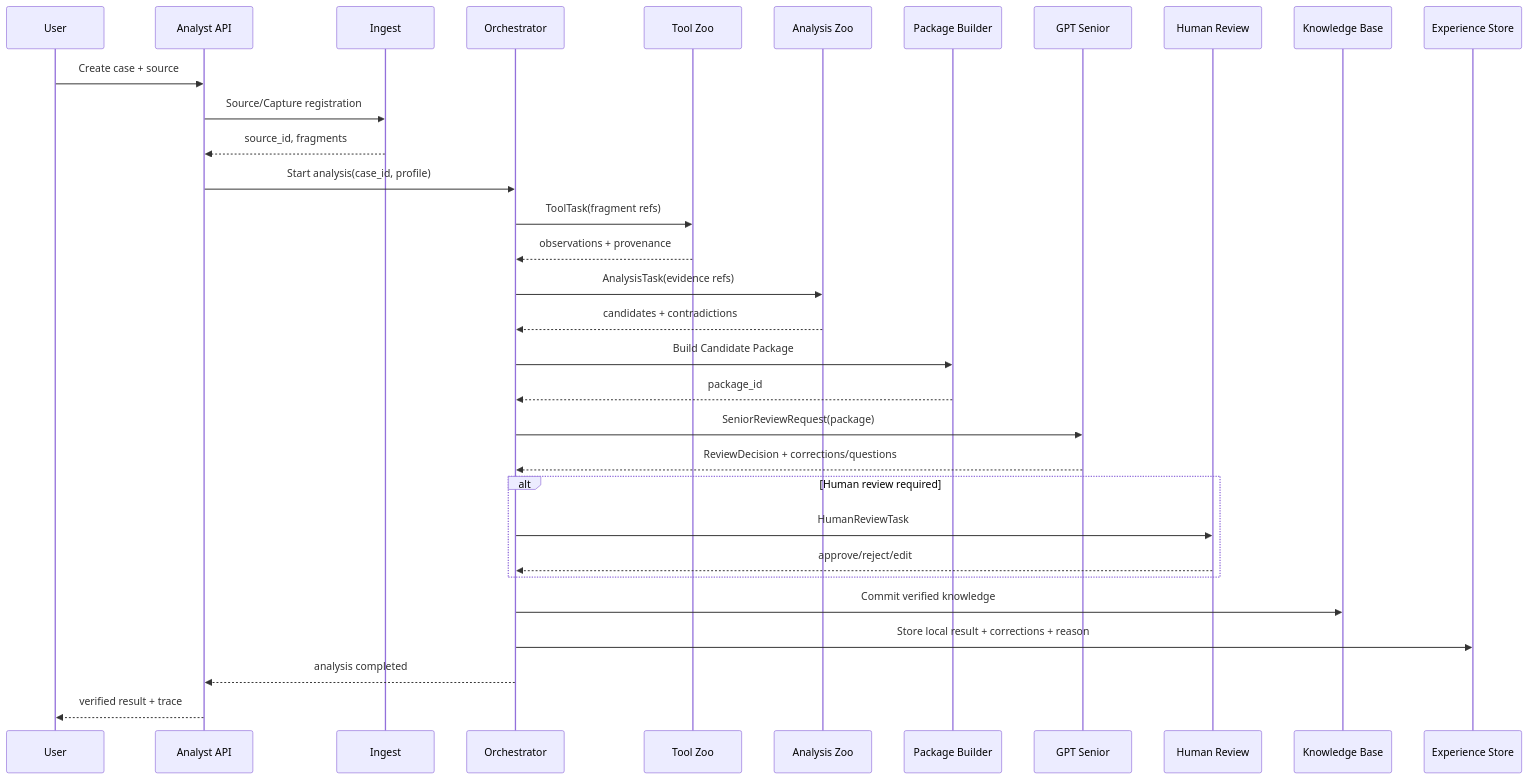
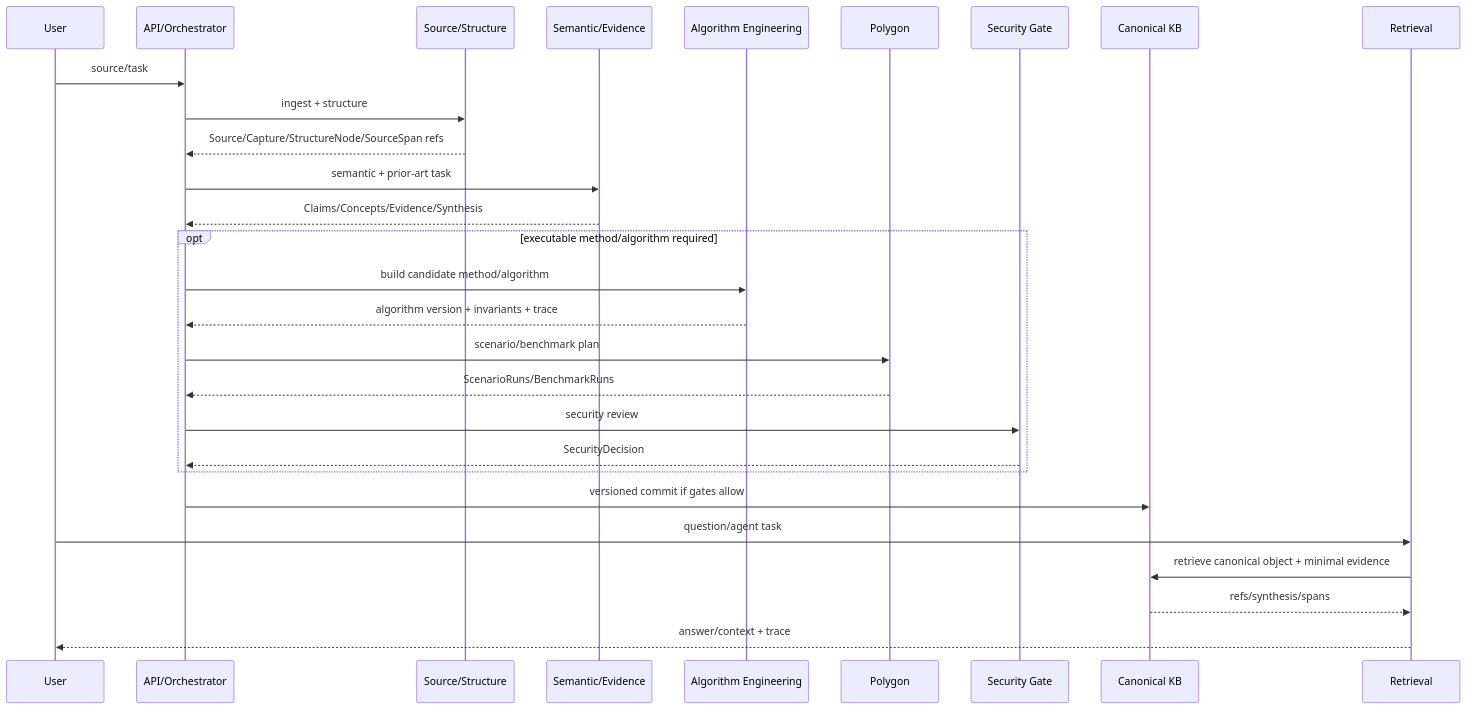
The tenth of 10 diagrams in DZ_17/C4_ARCHITECTURE.md (VictorKVS/Vibe-coding), drawn with Mermaid before and after one commit. The commit also changed other lines of this file, not shown here.

Commit message:
design(dz17): align C4 with Knowledge Factory data and security model

````diff
--- a/DZ_17/C4_ARCHITECTURE.md
+++ b/DZ_17/C4_ARCHITECTURE.md
@@ -377,35 +400,31 @@
 ```mermaid
 sequenceDiagram
     participant U as User
-    participant API as Analyst API
-    participant I as Ingest
-    participant O as Orchestrator
-    participant T as Tool Zoo
-    participant A as Analysis Zoo
-    participant P as Package Builder
-    participant S as GPT Senior
-    participant H as Human Review
-    participant K as Knowledge Base
-    participant E as Experience Store
+    participant A as API/Orchestrator
+    participant S as Source/Structure
+    participant E as Semantic/Evidence
+    participant G as Algorithm Engineering
+    participant P as Polygon
+    participant X as Security Gate
+    participant K as Canonical KB
+    participant R as Retrieval
 
-    U->>API: Create case + source
-    API->>I: Source/Capture registration
-    I-->>API: source_id, fragments
-    API->>O: Start analysis(case_id, profile)
-    O->>T: ToolTask(fragment refs)
-    T-->>O: observations + provenance
-    O->>A: AnalysisTask(evidence refs)
-    A-->>O: candidates + contradictions
-    O->>P: Build Candidate Package
-    P-->>O: package_id
-    O->>S: SeniorReviewRequest(package)
-    S-->>O: ReviewDecision + corrections/questions
-    alt Human review required
-        O->>H: HumanReviewTask
-        H-->>O: approve/reject/edit
+    U->>A: source/task
+    A->>S: ingest + structure
+    S-->>A: Source/Capture/StructureNode/SourceSpan refs
+    A->>E: semantic + prior-art task
+    E-->>A: Claims/Concepts/Evidence/Synthesis
+    opt executable method/algorithm required
+        A->>G: build candidate method/algorithm
+        G-->>A: algorithm version + invariants + trace
+        A->>P: scenario/benchmark plan
+        P-->>A: ScenarioRuns/BenchmarkRuns
+        A->>X: security review
+        X-->>A: SecurityDecision
     end
-    O->>K: Commit verified knowledge
-    O->>E: Store local result + corrections + reason
-    O-->>API: analysis completed
-    API-->>U: verified result + trace
+    A->>K: versioned commit if gates allow
+    U->>R: question/agent task
+    R->>K: retrieve canonical object + minimal evidence
+    K-->>R: refs/synthesis/spans
+    R-->>U: answer/context + trace
 ```
````
